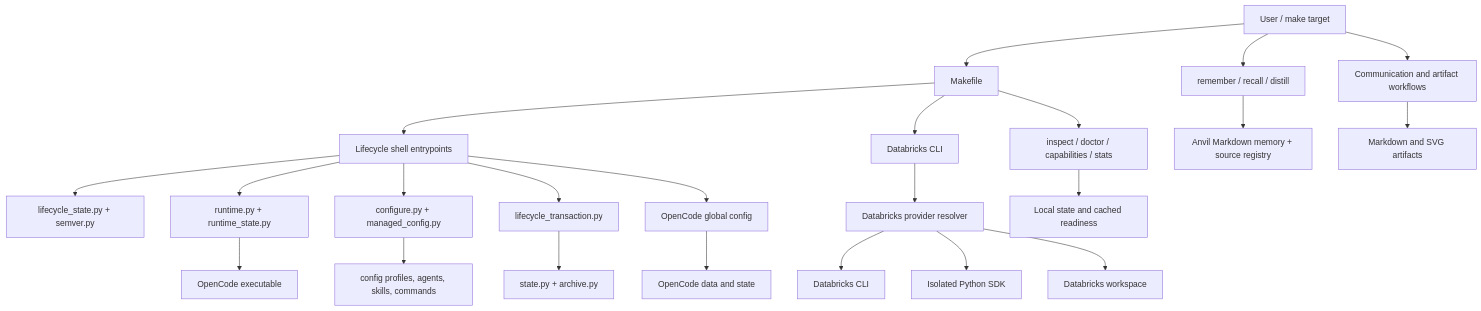
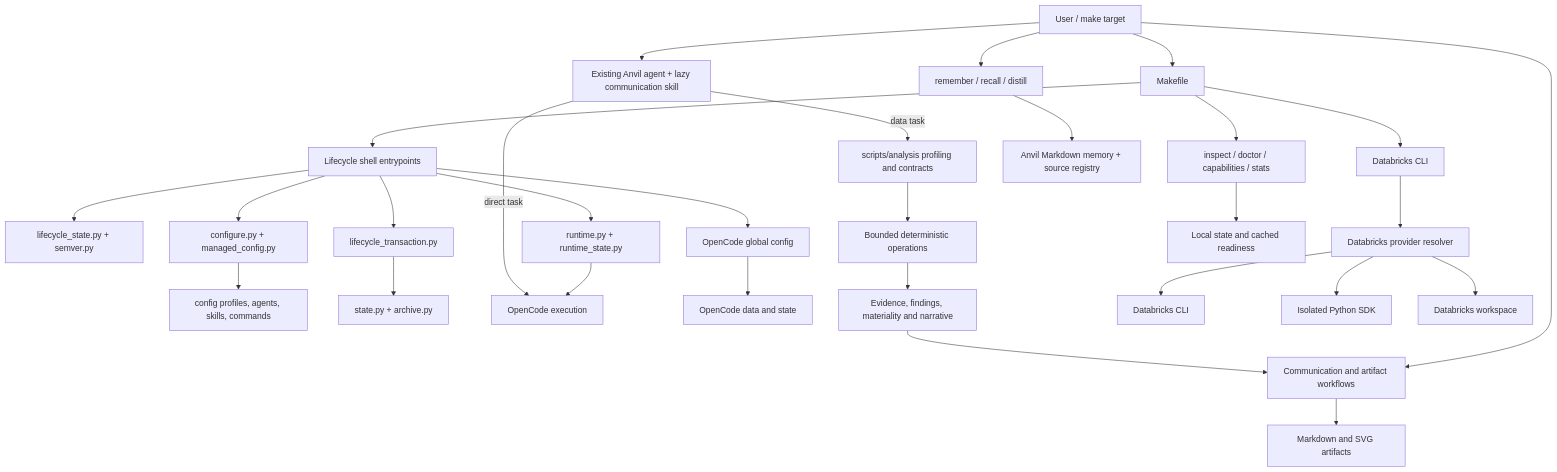
One commit to henrrs/anvil changed the diagram in docs/system-map.md. Above: the diagram before and after it, drawn with Mermaid. The commit also changed other lines of this file and 36 other files, not shown here.

````diff
--- a/docs/system-map.md
+++ b/docs/system-map.md
@@ -7,25 +7,31 @@
 ```mermaid
 flowchart TD
     User[User / make target] --> Make[Makefile]
     Make --> Life[Lifecycle shell entrypoints]
     Make --> Inspect[inspect / doctor / capabilities / stats]
     Make --> DB[Databricks CLI]
     Life --> State[lifecycle_state.py + semver.py]
     Life --> Runtime[runtime.py + runtime_state.py]
     Life --> Plan[configure.py + managed_config.py]
     Plan --> Templates[config profiles, agents, skills, commands]
     Life --> Tx[lifecycle_transaction.py]
     Tx --> Backup[state.py + archive.py]
     Life --> Installed[OpenCode global config]
     Runtime --> OpenCode[OpenCode executable]
     Installed --> OCData[OpenCode data and state]
     User --> Memory[remember / recall / distill]
     Memory --> Store[Anvil Markdown memory + source registry]
     User --> Comms[Communication and artifact workflows]
     Comms --> Artifacts[Markdown and SVG artifacts]
+    User --> Intent[Existing Anvil agent + lazy communication skill]
+    Intent -->|data task| Profile[scripts/analysis profiling and contracts]
+    Intent -->|direct task| OpenCode[OpenCode execution]
+    Profile --> Operations[Bounded deterministic operations]
+    Operations --> Findings[Evidence, findings, materiality and narrative]
+    Findings --> Comms
     DB --> Resolver[Databricks provider resolver]
     Resolver --> CLI[Databricks CLI]
     Resolver --> SDK[Isolated Python SDK]
     Resolver --> Workspace[Databricks workspace]
     Inspect --> Evidence[Local state and cached readiness]
 ```
````
